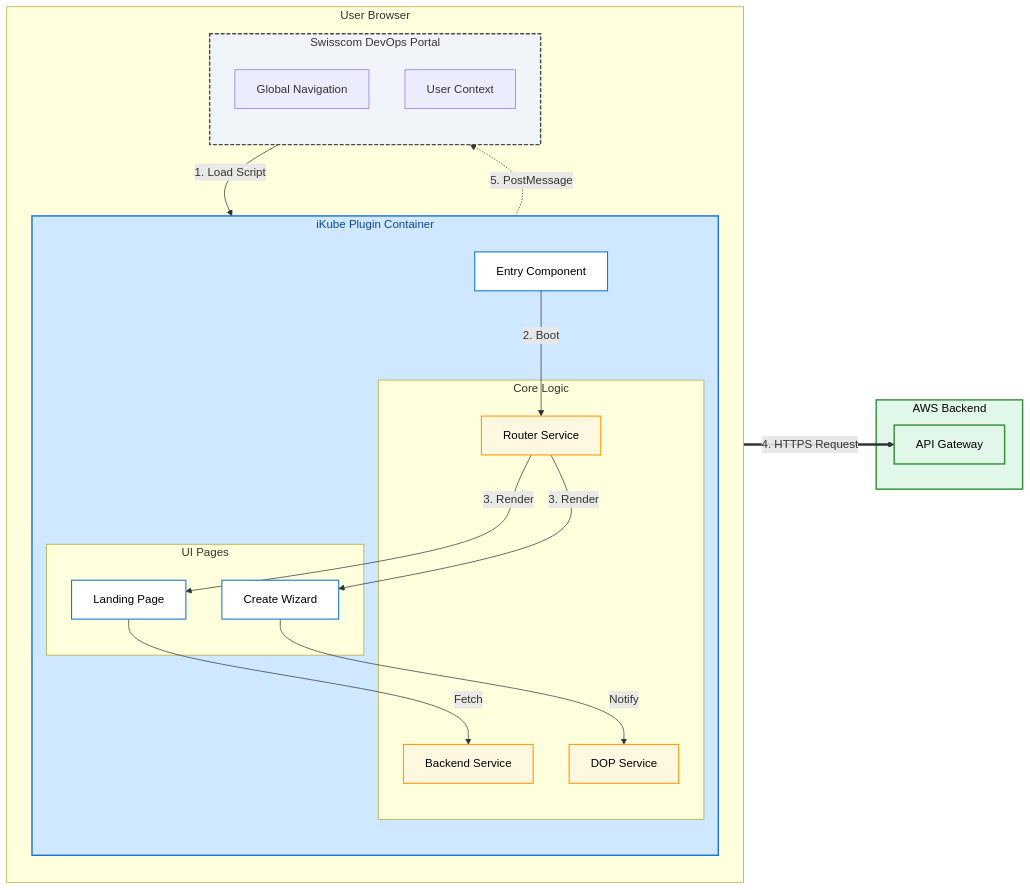
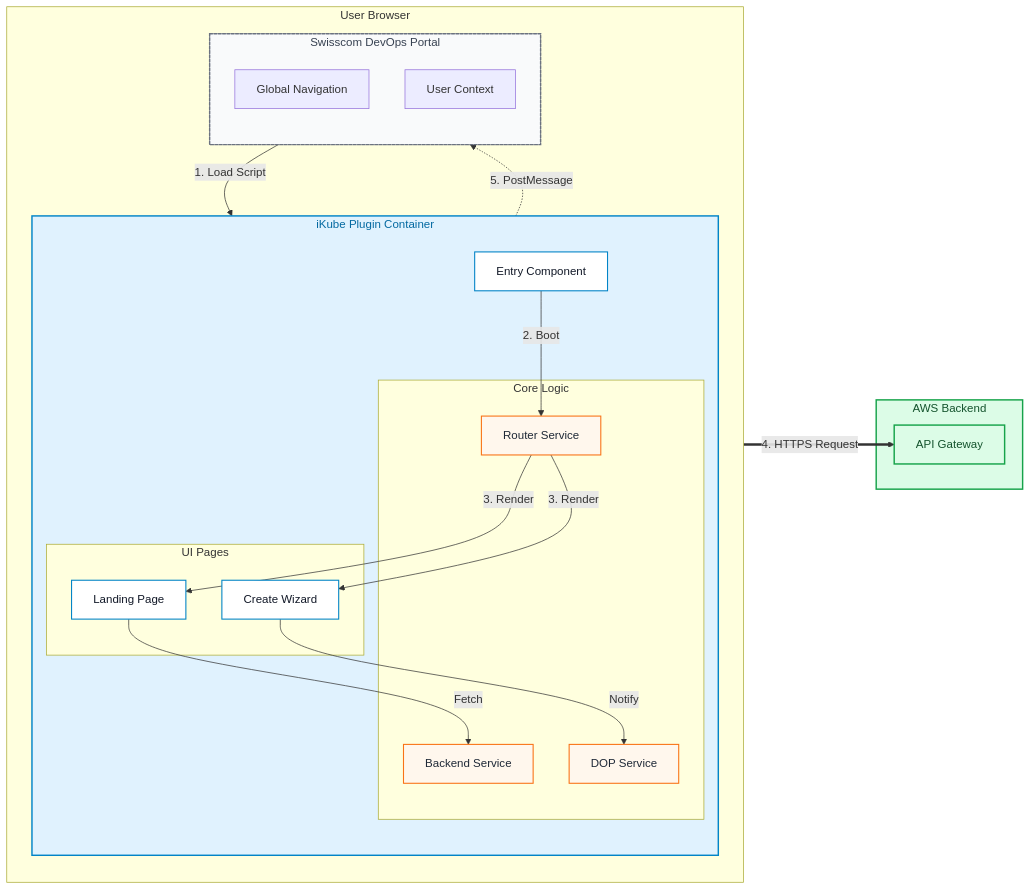
The third of 3 diagrams in README.md (ElkhayatiYasser/DOP), drawn with Mermaid before and after one commit. The commit also changed other lines of this file, not shown here.

Commit message:
UI improvments

````diff
--- a/README.md
+++ b/README.md
@@ -132,70 +132,70 @@
 ```mermaid
 graph LR
     %% -- Styles --
-    classDef host fill:#f0f4f8,stroke:#4a4a4a,stroke-width:2px,stroke-dasharray: 4 4,color:#333,stroke-linecap:round;
-    classDef plugin fill:#d0e8ff,stroke:#1976d2,stroke-width:2px,color:#0d47a1,stroke-linecap:round;
-    classDef component fill:#ffffff,stroke:#1976d2,stroke-width:1.5px,color:#000,stroke-linecap:round,stroke-shadow: 2px 2px 4px #aaa;
-    classDef service fill:#fff8e1,stroke:#ff9800,stroke-width:1.5px,color:#000,stroke-linecap:round,stroke-shadow: 2px 2px 4px #bbb;
-    classDef cloud fill:#e0f7e9,stroke:#388e3c,stroke-width:2px,color:#000,stroke-linecap:round,stroke-shadow: 2px 2px 5px #999;
+    classDef host fill:#f9fafb,stroke:#6b7280,stroke-width:2px,stroke-dasharray: 4 2,color:#374151,stroke-linecap:round,stroke-radius:10px;
+    classDef plugin fill:#e0f2fe,stroke:#0284c7,stroke-width:2px,color:#0369a1,stroke-linecap:round,stroke-radius:10px;
+    classDef component fill:#ffffff,stroke:#0284c7,stroke-width:1.5px,color:#111827,stroke-linecap:round,stroke-radius:8px,stroke-shadow:2px 2px 6px #cbd5e1;
+    classDef service fill:#fff7ed,stroke:#f97316,stroke-width:1.5px,color:#1f2937,stroke-linecap:round,stroke-radius:8px,stroke-shadow:2px 2px 6px #fde8dc;
+    classDef cloud fill:#dcfce7,stroke:#16a34a,stroke-width:2px,color:#14532d,stroke-linecap:round,stroke-radius:10px,stroke-shadow:2px 2px 6px #a7f3d0;
 
     %% -- The Browser Environment --
     subgraph Browser_Window [User Browser]
         direction TB
 
         %% 1. The Host App
         subgraph DOP_Host [Swisscom DevOps Portal]
             direction TB
             Host_Nav[Global Navigation]
             Host_Context[User Context]
         end
 
         %% 2. Our Plugin
         subgraph Our_Plugin [iKube Plugin Container]
             direction TB
             
             %% Entry Point
             Entry[Entry Component]:::component
 
             %% The Logic Core
             subgraph Core_Logic [Core Logic]
                 Router[Router Service]:::service
                 Services[Backend Service]:::service
                 Bridge[DOP Service]:::service
             end
 
             %% The UI Pages
             subgraph Views [UI Pages]
                 Page_List[Landing Page]:::component
                 Page_Create[Create Wizard]:::component
             end
         end
     end
 
     %% -- The Outside World --
     subgraph AWS_Cloud [AWS Backend]
         API_GW[API Gateway]:::cloud
     end
 
     %% -- Wiring It All Together --
     
     %% Host loads Plugin
     DOP_Host -->|1. Load Script| Entry
     
     %% Plugin Internal Flow
     Entry -->|2. Boot| Router
     Router -->|3. Render| Page_List
     Router -->|3. Render| Page_Create
     
     %% Data Fetching
     Page_List -->|Fetch| Services
     Services == 4. HTTPS Request ==> API_GW
     
     %% Talking back to Host
     Page_Create -->|Notify| Bridge
     Bridge -.->|5. PostMessage| DOP_Host
 
     %% Apply Styles
     class DOP_Host host;
     class Our_Plugin plugin;
     class AWS_Cloud cloud;
   ```
````
